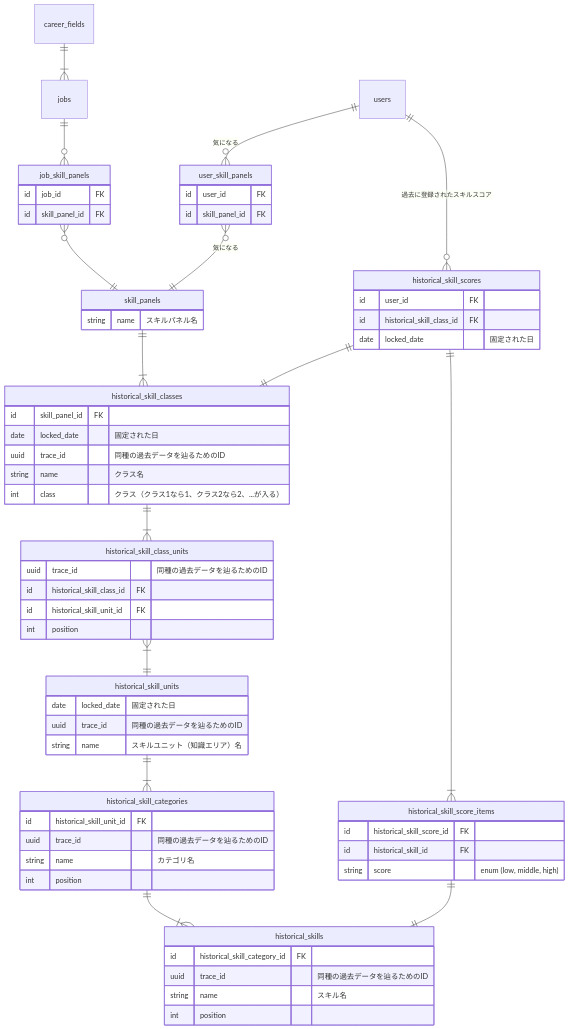
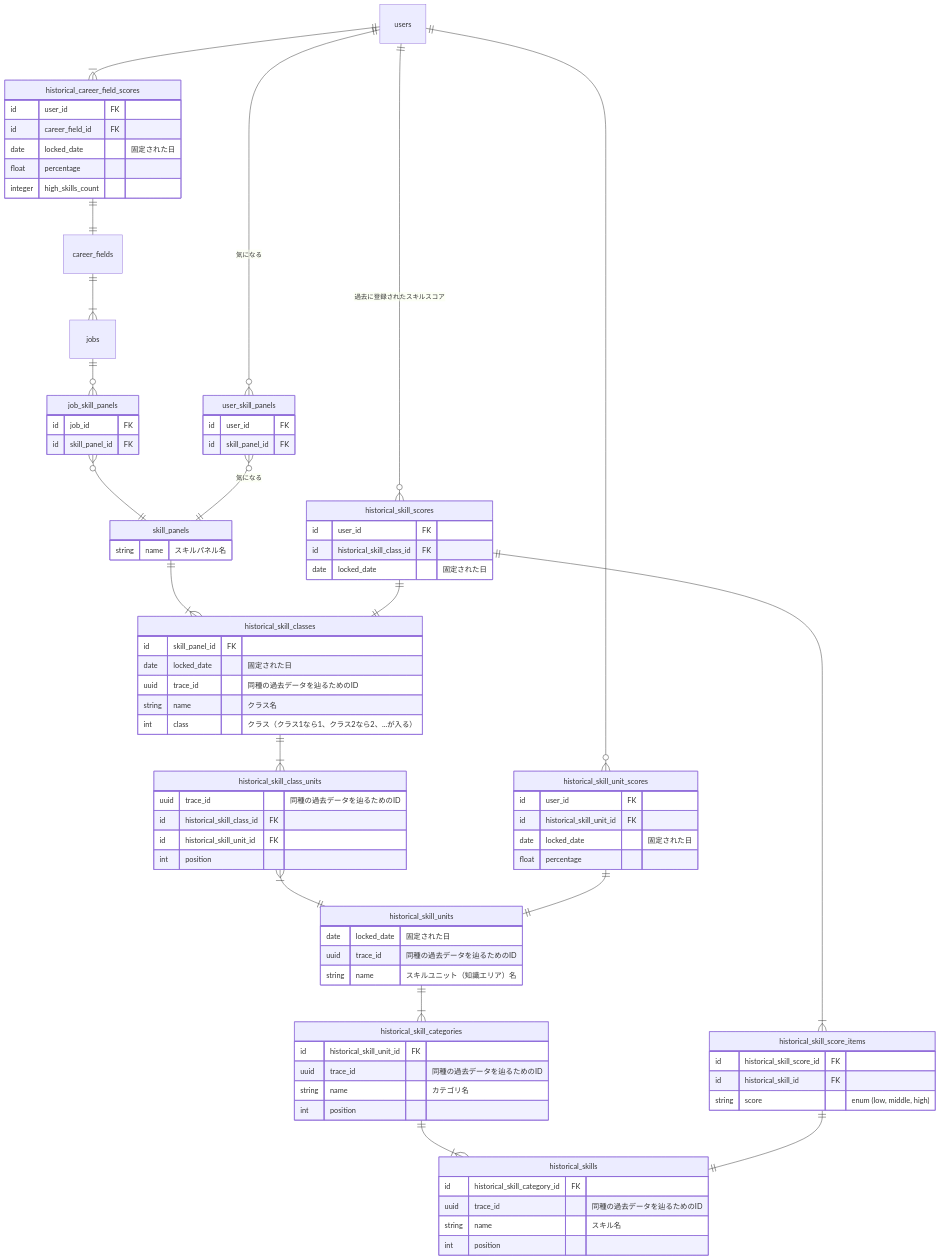
One commit to bright-org/bright changed the third of 3 diagrams in docs/logics/update_skill_panels.md. Above: the diagram before and after it, drawn with Mermaid. The commit also changed other lines of this file, not shown here.

````diff
--- a/docs/logics/update_skill_panels.md
+++ b/docs/logics/update_skill_panels.md
@@ -186,6 +203,10 @@
   historical_skill_scores ||--|| historical_skill_classes : ""
   historical_skill_scores ||--|{ historical_skill_score_items : ""
   historical_skill_score_items ||--|| historical_skills : ""
+  users ||--|{ historical_career_field_scores : ""
+  historical_career_field_scores ||--|| career_fields : ""
+  users ||--o{ historical_skill_unit_scores : ""
+  historical_skill_unit_scores ||--|| historical_skill_units : ""
 
   skill_panels {
     string name "スキルパネル名"
@@ -242,9 +263,24 @@
     date locked_date "固定された日"
   }
 
+  historical_skill_unit_scores {
+    id user_id FK
+    id historical_skill_unit_id FK
+    date locked_date "固定された日"
+    float percentage
+  }
+
   historical_skill_score_items {
     id historical_skill_score_id FK
     id historical_skill_id FK
     string score "enum (low, middle, high)"
   }
+
+  historical_career_field_scores {
+    id user_id FK
+    id career_field_id FK
+    date locked_date "固定された日"
+    float percentage
+    integer high_skills_count
+  }
 ```
````
